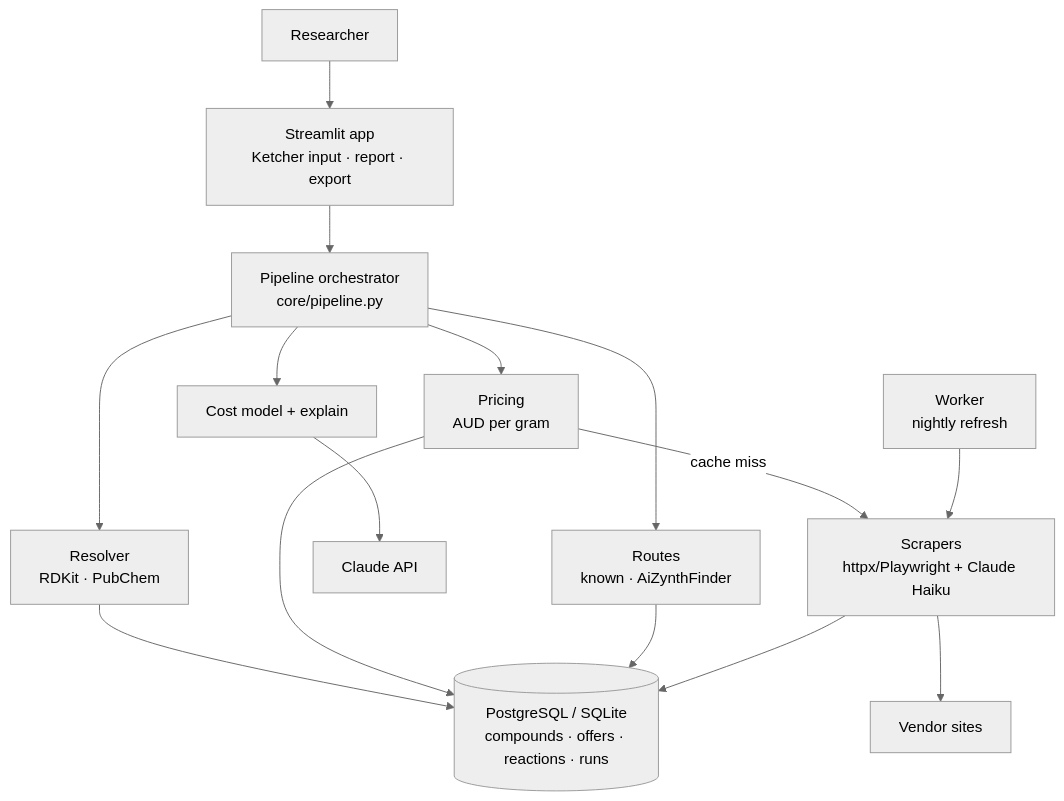
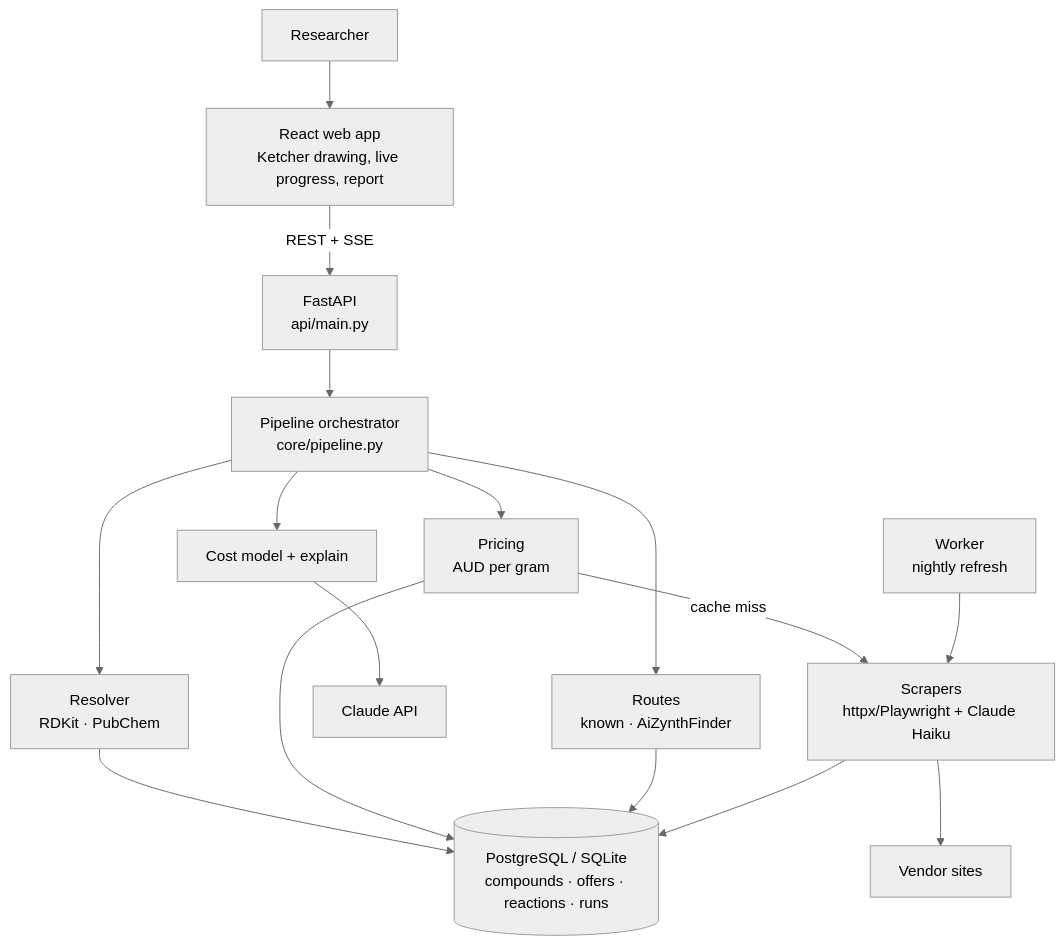
One commit to alandani/chemical-checker-agent changed the diagram in README.md. Above: the diagram before and after it, drawn with Mermaid (neutral theme). The commit also changed other lines of this file and 53 other files, not shown here.

First line of the commit message:
Replace Streamlit UI with React frontend and FastAPI backend

````diff
--- a/README.md
+++ b/README.md
@@ -58,17 +66,19 @@
 ```mermaid
 flowchart TB
-    U[Researcher] --> UI[Streamlit app<br/>Ketcher input · report · export]
-    UI --> P[Pipeline orchestrator<br/>core/pipeline.py]
+    U[Researcher] --> UI[React web app<br/>Ketcher drawing, live progress, report]
+    UI -- REST + SSE --> API[FastAPI<br/>api/main.py]
+    API
+--> P[Pipeline orchestrator<br/>core/pipeline.py]
     P --> R[Resolver<br/>RDKit · PubChem]
     P --> PR[Pricing<br/>AUD per gram]
     P --> RT[Routes<br/>known · AiZynthFinder]
     P --> C[Cost model + explain]
     R --> DB[(PostgreSQL / SQLite<br/>compounds · offers · reactions · runs)]
     PR --> DB
     RT --> DB
     C --> LLM[Claude API]
     PR -- cache miss --> S[Scrapers<br/>httpx/Playwright + Claude Haiku]
     S --> V[Vendor sites]
     W[Worker<br/>nightly refresh] --> S
     S --> DB
 ```
````
